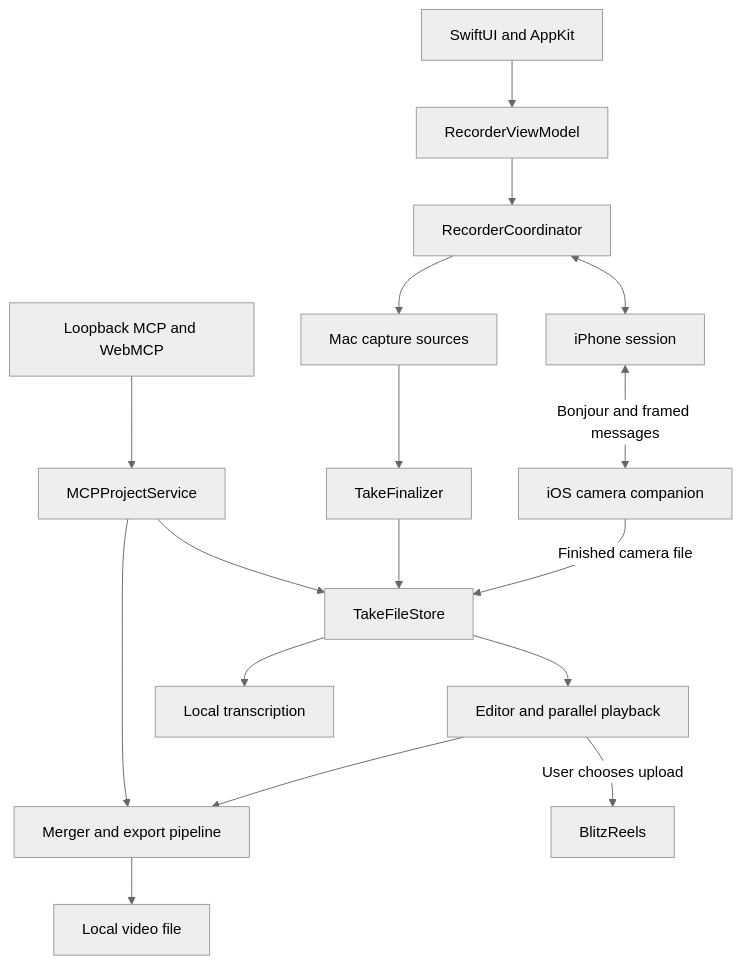
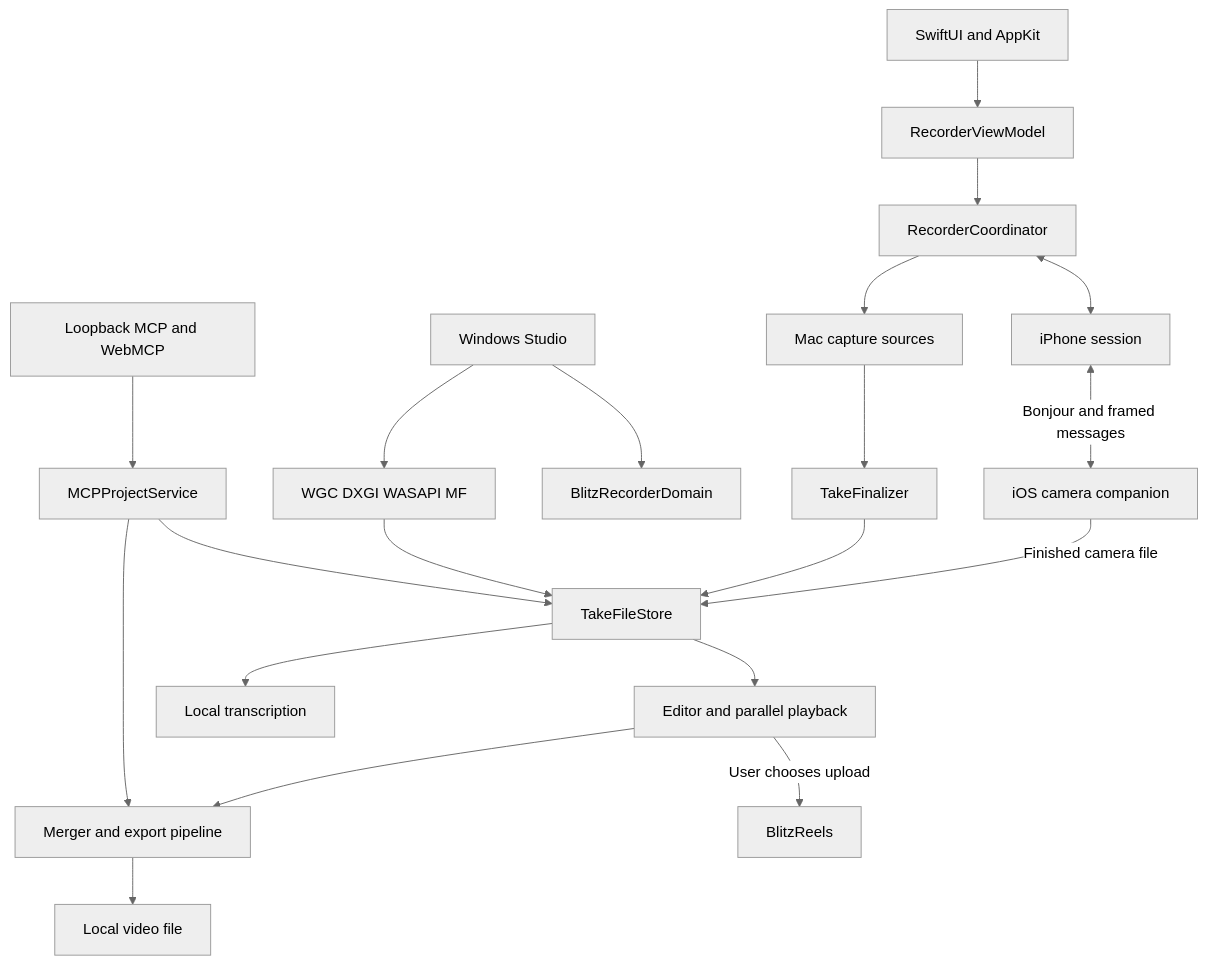
Before and after one commit to blitzreels/blitzrecorder: the diagram in ARCHITECTURE.md, drawn with Mermaid (neutral theme). The commit also changed other lines of this file and 105 other files, not shown here.

First line of the commit message:
Add Windows Studio plus a portable Domain so Mac and Windows share take JSON.

````diff
--- a/ARCHITECTURE.md
+++ b/ARCHITECTURE.md
@@ -10,19 +10,22 @@
 ```mermaid
 flowchart TD
     UI[SwiftUI and AppKit] --> VM[RecorderViewModel]
     VM --> Coordinator[RecorderCoordinator]
     Coordinator --> Capture[Mac capture sources]
     Coordinator <--> Remote[iPhone session]
     Remote <-->|Bonjour and framed messages| Phone[iOS camera companion]
     Phone -->|Finished camera file| Files[TakeFileStore]
     Capture --> Finalizer[TakeFinalizer]
     Finalizer --> Files
     Files --> Editor[Editor and parallel playback]
     Editor --> Export[Merger and export pipeline]
     Export --> Video[Local video file]
     Files --> Transcript[Local transcription]
+    Win[Windows Studio] --> Domain[BlitzRecorderDomain]
+    Win --> WinCap[WGC DXGI WASAPI MF]
+    WinCap --> Files
     MCP[Loopback MCP and WebMCP] --> Service[MCPProjectService]
     Service --> Files
     Service --> Export
     Editor -->|User chooses upload| BlitzReels[BlitzReels]
 ```
````
